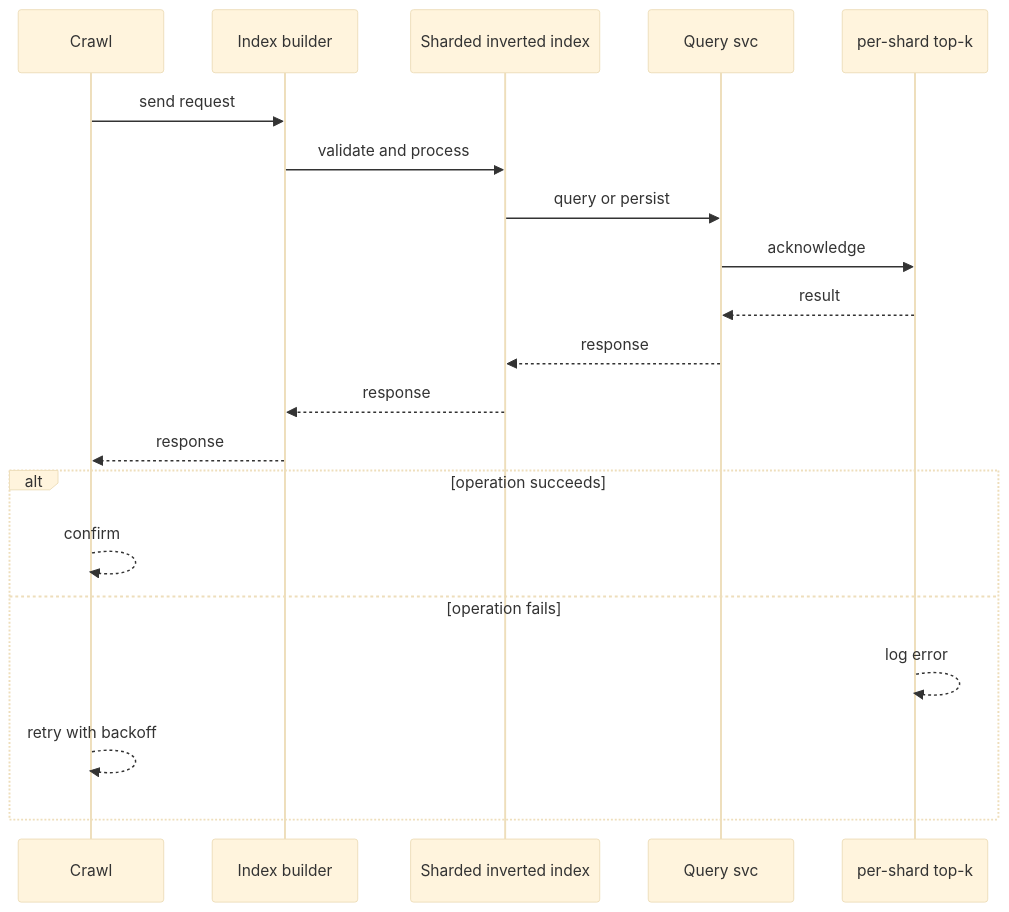
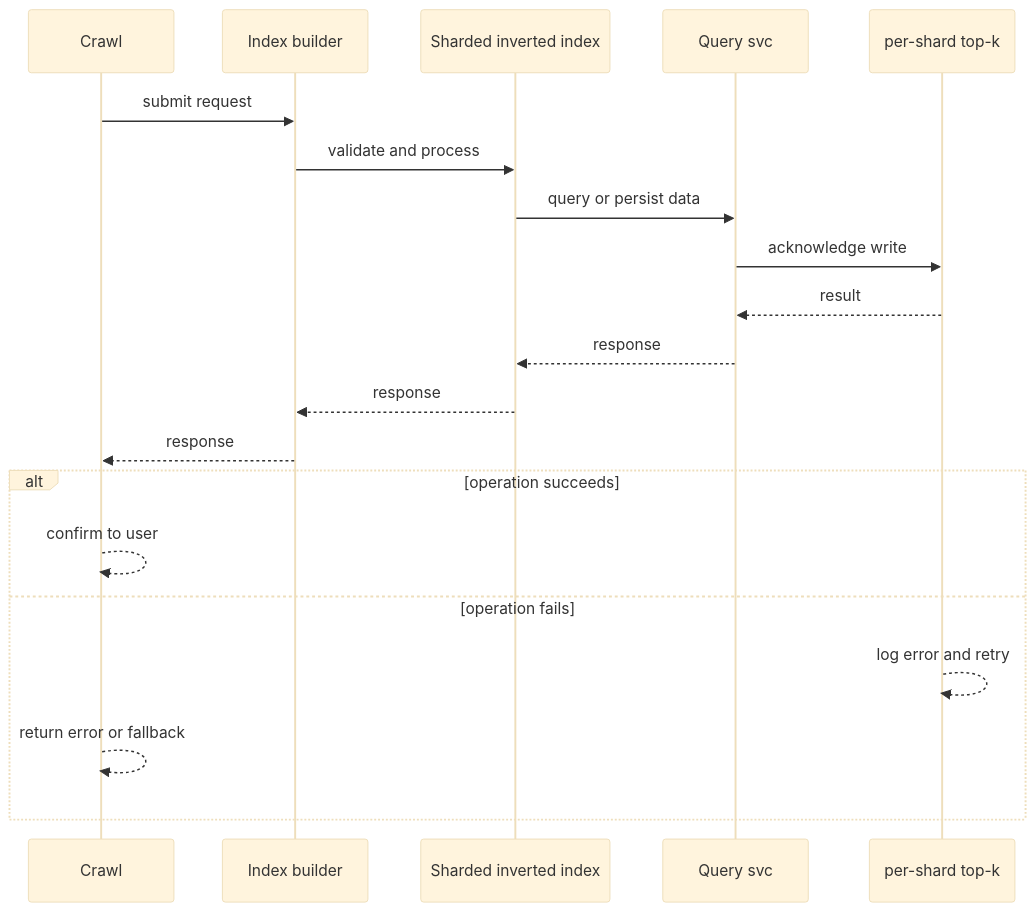
Before and after one commit to RIT-MESH/system-design-mastery: the second of 4 diagrams in case-studies/advanced/search-engine.md, drawn with Mermaid (base theme). The commit also changed other lines of this file and 127 other files, not shown here.

First line of the commit message:
Improve all case study diagrams: case-specific sequences, fix truncated labels

````diff
--- a/case-studies/advanced/search-engine.md
+++ b/case-studies/advanced/search-engine.md
@@ -71,23 +71,23 @@
 ```mermaid
 %% created-for: system-design-mastery
 sequenceDiagram
-  participant C0 as Crawl
-  participant C1 as Index builder
-  participant C2 as Sharded inverted index
-  participant C3 as Query svc
-  participant C4 as per-shard top-k
-  C0 ->> C1: send request
-  C1 ->> C2: validate and process
-  C2 ->> C3: query or persist
-  C3 ->> C4: acknowledge
-  C4 -->> C3: result
-  C3 -->> C2: response
-  C2 -->> C1: response
-  C1 -->> C0: response
+  participant P0 as Crawl
+  participant P1 as Index builder
+  participant P2 as Sharded inverted index
+  participant P3 as Query svc
+  participant P4 as per-shard top-k
+  P0 ->> P1: submit request
+  P1 ->> P2: validate and process
+  P2 ->> P3: query or persist data
+  P3 ->> P4: acknowledge write
+  P4 -->> P3: result
+  P3 -->> P2: response
+  P2 -->> P1: response
+  P1 -->> P0: response
   alt operation succeeds
-    C0 -->> C0: confirm
+    P0 -->> P0: confirm to user
   else operation fails
-    C4 -->> C4: log error
-    C0 -->> C0: retry with backoff
+    P4 -->> P4: log error and retry
+    P0 -->> P0: return error or fallback
   end
 ```
````
